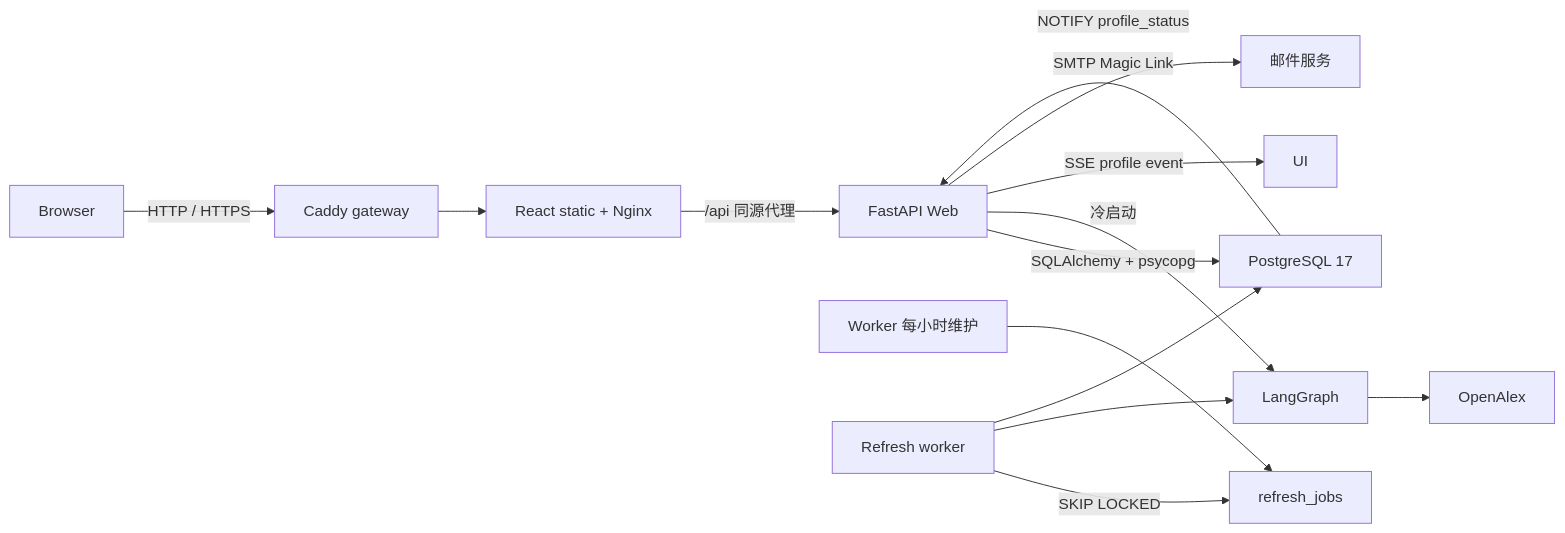
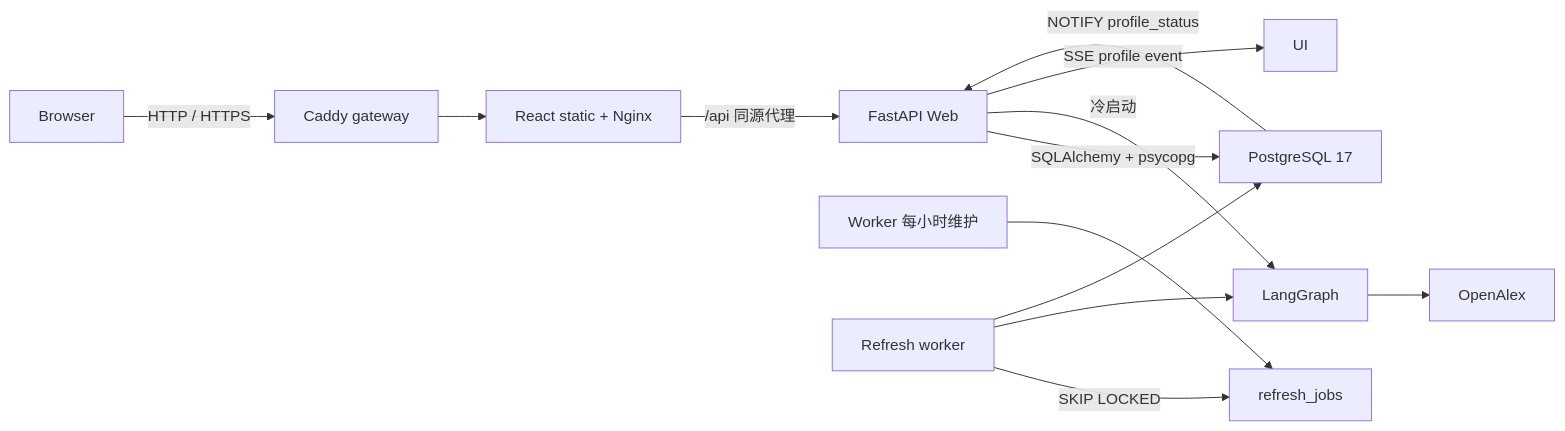
Before and after one commit to AlexYuanch/scholar_search: the diagram in docs/ARCHITECTURE.md, drawn with Mermaid. The commit also changed other lines of this file and 25 other files, not shown here.

````diff
--- a/docs/ARCHITECTURE.md
+++ b/docs/ARCHITECTURE.md
@@ -5,16 +5,15 @@
 ```mermaid
 flowchart LR
   CLIENT["Browser"] -->|"HTTP / HTTPS"| CADDY["Caddy gateway"]
   CADDY --> NGINX["React static + Nginx"]
   NGINX -->|"/api 同源代理"| API["FastAPI Web"]
   API -->|"SQLAlchemy + psycopg"| PG["PostgreSQL 17"]
   API -->|"冷启动"| WF["LangGraph"]
   WF --> OA["OpenAlex"]
   MAINT["Worker 每小时维护"] --> JOB["refresh_jobs"]
   WORKER["Refresh worker"] -->|"SKIP LOCKED"| JOB
   WORKER --> WF
   WORKER --> PG
   PG -->|"NOTIFY profile_status"| API
   API -->|"SSE profile event"| UI
-  API -->|"SMTP Magic Link"| MAIL["邮件服务"]
 ```
````
